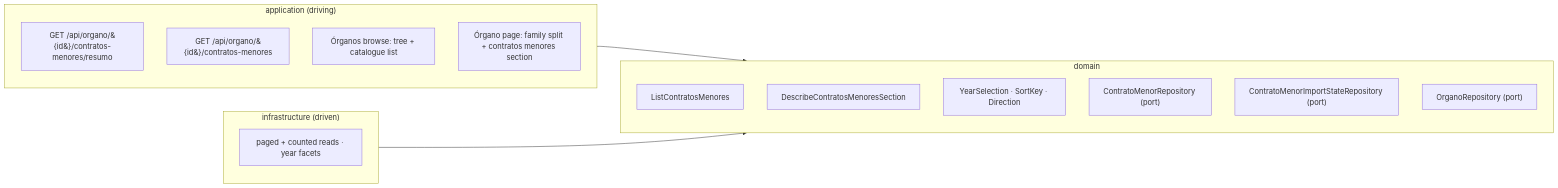
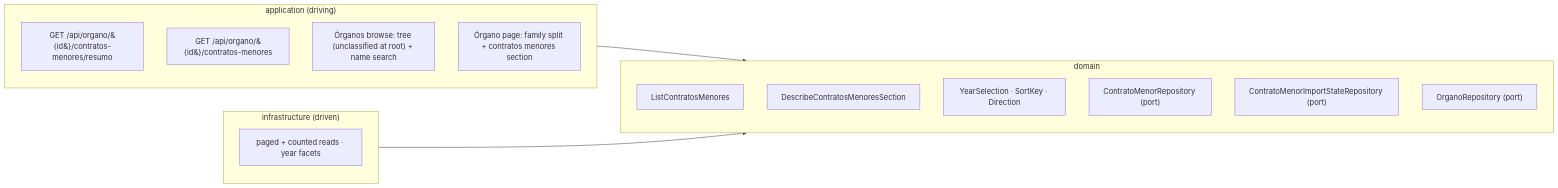
One commit to earelin/conxugal changed the diagram in docs/features/FEAT-0011-contratos-menores-browsing/README.md. Above: the diagram before and after it, drawn with Mermaid. The commit also changed other lines of this file and 3 other files, not shown here.

First line of the commit message:
docs: a USER reaches Órganos only through the tree and a name search (SPEC-0004)

````diff
--- a/docs/features/FEAT-0011-contratos-menores-browsing/README.md
+++ b/docs/features/FEAT-0011-contratos-menores-browsing/README.md
@@ -135,22 +138,22 @@
 ```mermaid
 flowchart LR
     subgraph application["application (driving)"]
         resumoApi["GET /api/organo/&#123;id&#125;/contratos-menores/resumo"]
         listApi["GET /api/organo/&#123;id&#125;/contratos-menores"]
-        browseUi["Órganos browse: tree + catalogue list"]
+        browseUi["Órganos browse: tree (unclassified at root) + name search"]
         pageUi["Órgano page: family split + contratos menores section"]
     end
     subgraph domain["domain"]
         listUc["ListContratosMenores"]
         resumoUc["DescribeContratosMenoresSection"]
         selection["YearSelection · SortKey · Direction"]
         contratoRepo["ContratoMenorRepository (port)"]
         stateRepo["ContratoMenorImportStateRepository (port)"]
         organoRepo["OrganoRepository (port)"]
     end
     subgraph infrastructure["infrastructure (driven)"]
         jdbcReads["paged + counted reads · year facets"]
     end
     application --> domain
     infrastructure --> domain
 ```
````
